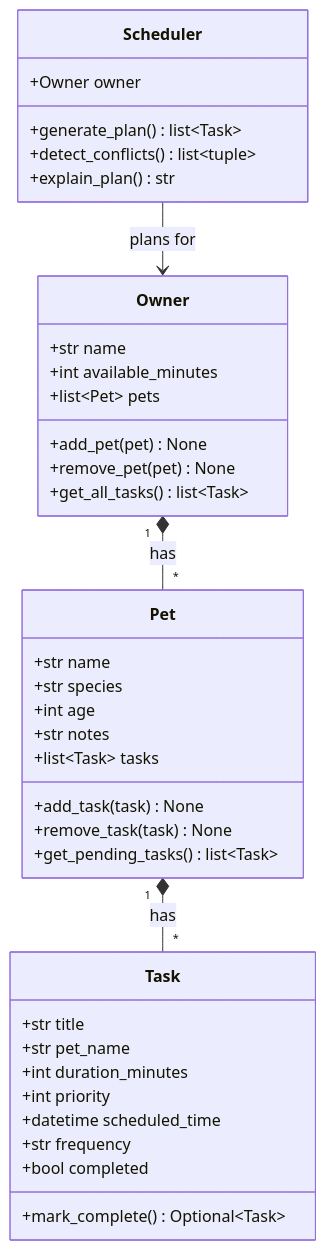
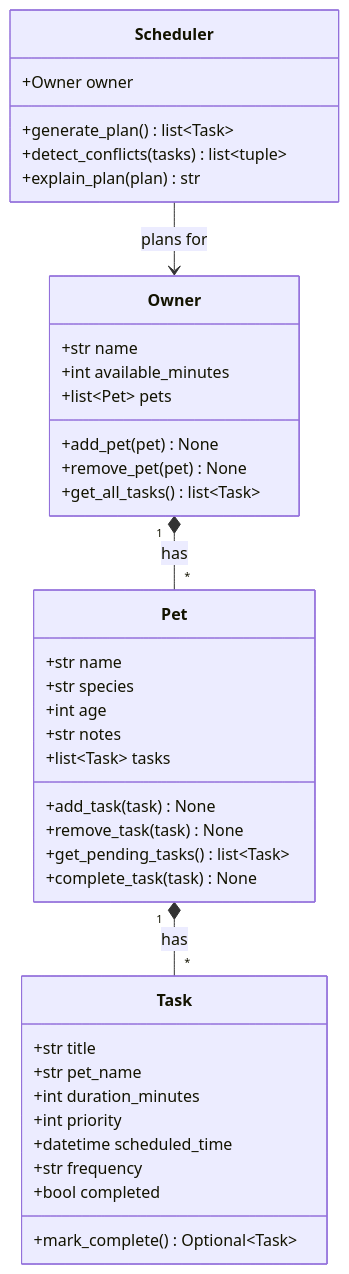
One commit to bior-m16/ai110-module2show-pawpal-starter changed the diagram in diagrams/uml.mmd. Above: the diagram before and after it, drawn with Mermaid. The commit also changed 6 other files, not shown here.

```diff
--- a/diagrams/uml.mmd
+++ b/diagrams/uml.mmd
@@ -1,42 +1,43 @@
 classDiagram
     class Owner {
         +str name
         +int available_minutes
         +list~Pet~ pets
         +add_pet(pet) None
         +remove_pet(pet) None
         +get_all_tasks() list~Task~
     }
 
     class Pet {
         +str name
         +str species
         +int age
         +str notes
         +list~Task~ tasks
         +add_task(task) None
         +remove_task(task) None
         +get_pending_tasks() list~Task~
+        +complete_task(task) None
     }
 
     class Task {
         +str title
         +str pet_name
         +int duration_minutes
         +int priority
         +datetime scheduled_time
         +str frequency
         +bool completed
         +mark_complete() Optional~Task~
     }
 
     class Scheduler {
         +Owner owner
         +generate_plan() list~Task~
-        +detect_conflicts() list~tuple~
-        +explain_plan() str
+        +detect_conflicts(tasks) list~tuple~
+        +explain_plan(plan) str
     }
 
     Owner "1" *-- "*" Pet : has
     Pet "1" *-- "*" Task : has
     Scheduler --> Owner : plans for
```
